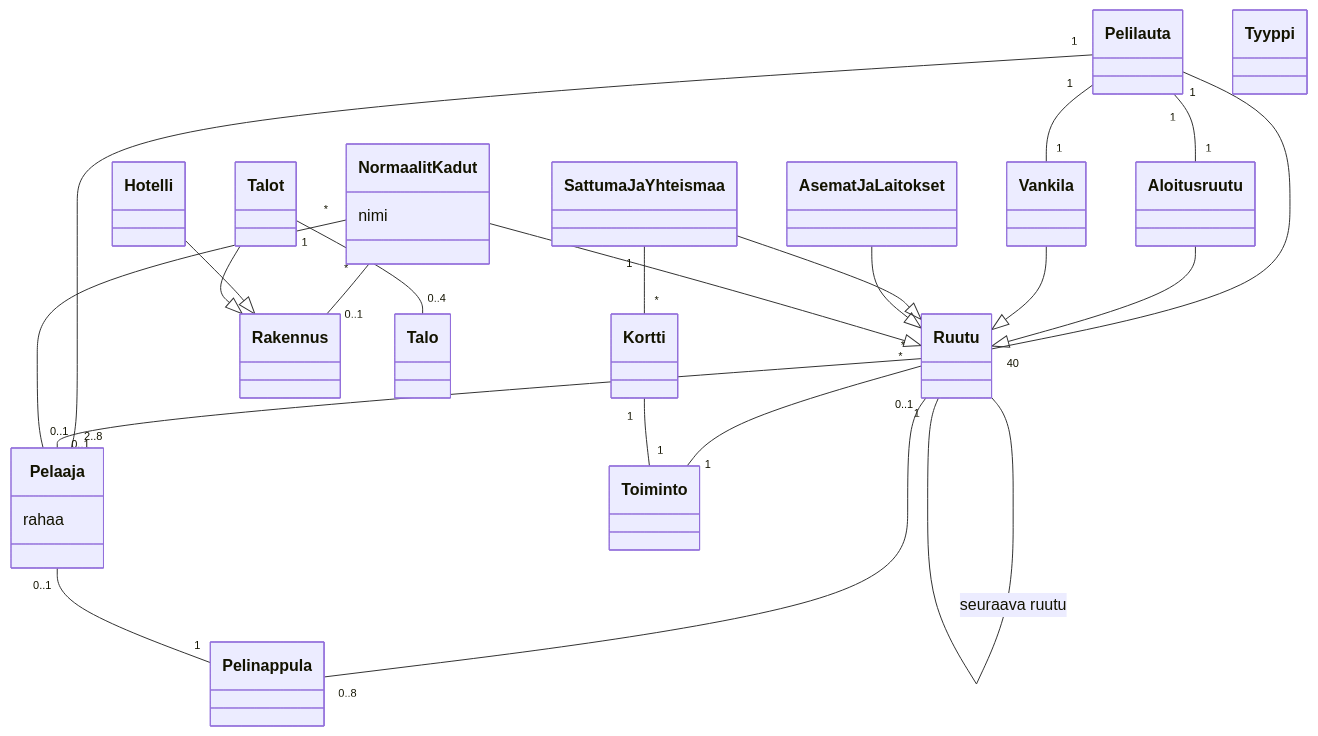
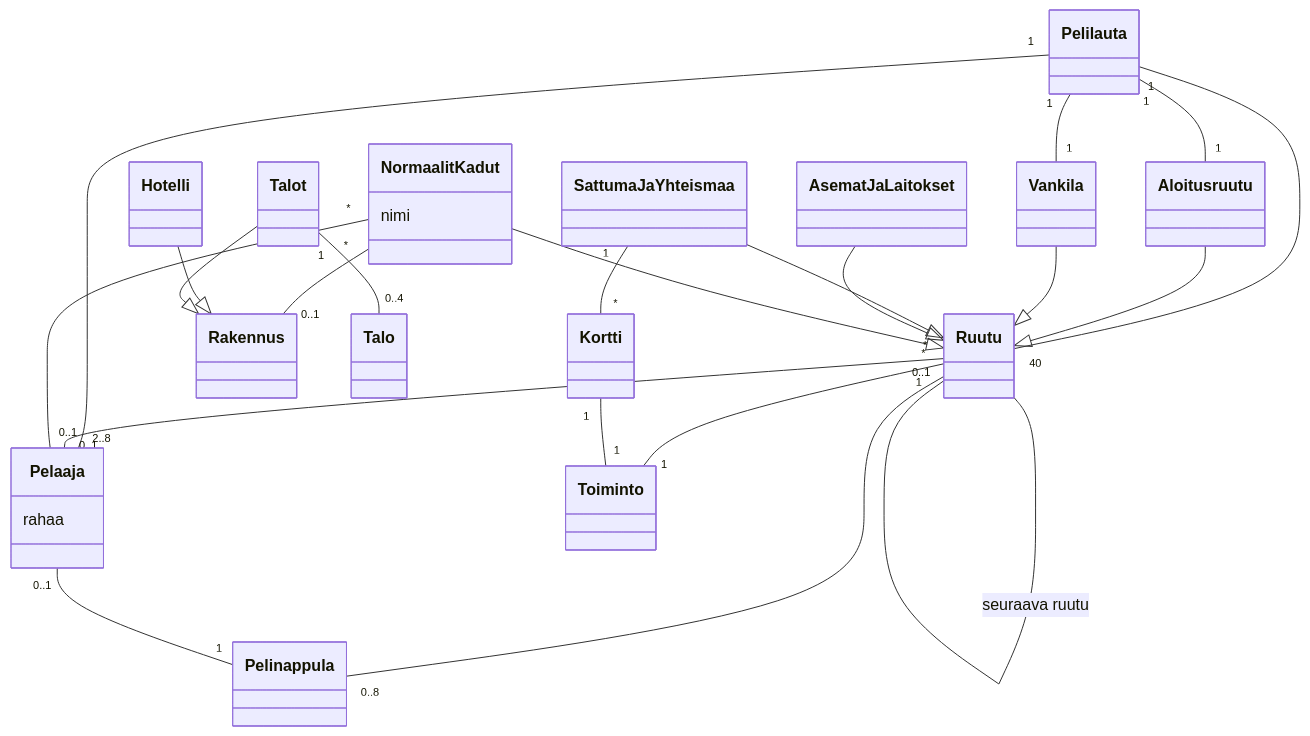
Before and after one commit to JonathanHeyno/ot-harjoitustyo: the diagram in laskarit/viikko3/Monopoli2.md, drawn with Mermaid.

````diff
--- a/laskarit/viikko3/Monopoli2.md
+++ b/laskarit/viikko3/Monopoli2.md
@@ -1,72 +1,69 @@
 ```mermaid
  classDiagram
       Pelilauta "1" -- "40" Ruutu
 	  Ruutu "0..1" -- "0..8" Pelinappula
 	  Pelaaja "0..1" -- "1" Pelinappula
 	  Pelilauta "1" -- "2..8" Pelaaja
 	  Ruutu "" -- "1" Ruutu: seuraava ruutu
 	  Ruutu "*" -- "1" Toiminto
 	  SattumaJaYhteismaa "1" -- "*" Kortti
 	  Kortti "1" -- "1" Toiminto
 	  Ruutu "*" -- "0..1" Pelaaja
 	  Aloitusruutu "" --|> "" Ruutu
 	  Vankila "" --|> "" Ruutu
 	  SattumaJaYhteismaa "" --|> "" Ruutu
 	  AsematJaLaitokset "" --|> "" Ruutu
 	  NormaalitKadut "" --|> "" Ruutu
 	  Pelilauta "1" -- "1" Aloitusruutu
 	  Pelilauta "1" -- "1" Vankila
 	  NormaalitKadut "*" -- "0..1" Pelaaja
 	  NormaalitKadut "*" -- "0..1" Rakennus
 	  Hotelli "" --|> ""Rakennus
 	  Talot "" --|> "" Rakennus
 	  Talot "1" -- "0..4" Talo
       class Pelilauta{
 
       }
       class Ruutu{
 	  
       }
 	  class Aloitusruutu{
 	  
 	  }
 	  class Vankila{
 	  
 	  }
 	  class SattumaJaYhteismaa{
 	  
 	  }
 	  class AsematJaLaitokset{
 	  
 	  }
 	  class NormaalitKadut{
 		nimi
 	  }
 	  class Rakennus{
 	  
 	  }
 	  class Hotelli{
 	  
 	  }
 	  class Talot{
 	  
 	  }
 	  class Talo{
 	  
 	  }
 	  class Pelinappula{
 
       }
 	  class Pelaaja{
 		rahaa
       }
 	  class Toiminto{
 	  
 	  }
 	  class Kortti{
 	  
 	  }
-	  class Tyyppi{
-	  
-	  }
 ```
````
